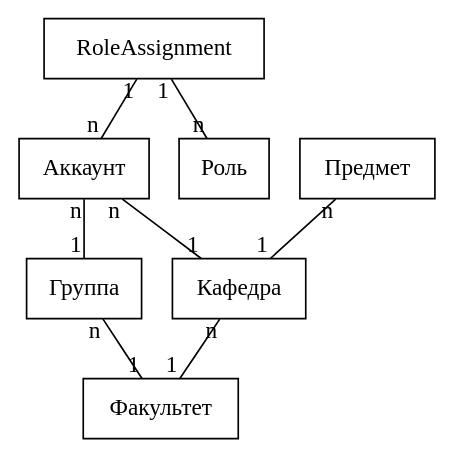
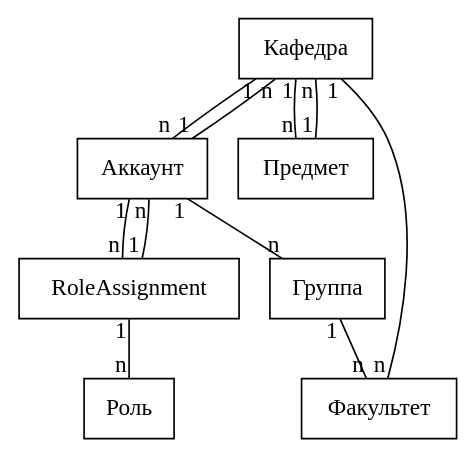
Before and after one commit to NetCrackerO2/ScheduleProject: the diagram in graph.dot, drawn with Graphviz. The commit also changed 1 other file, not shown here.

Commit message:
Graph update

```diff
--- a/graph.dot
+++ b/graph.dot
@@ -1,13 +1,15 @@
 digraph G {
 	node [shape="box"];
 	edge [arrowhead=none,arrowtail=none];
 	{
 		edge[headlabel="n",taillabel="1"];
+		Кафедра->{Аккаунт,Предмет,Факультет};
+		Группа->Факультет;
+		Аккаунт->{Кафедра,Группа,RoleAssignment};
 		RoleAssignment->{Аккаунт,Роль};
+		Предмет->Кафедра;
 	}
 	{
 		edge[headlabel="1",taillabel="n"];
-		Аккаунт->{Группа,Кафедра}->Факультет;
-		Предмет->Кафедра;
 	}
 }
```
